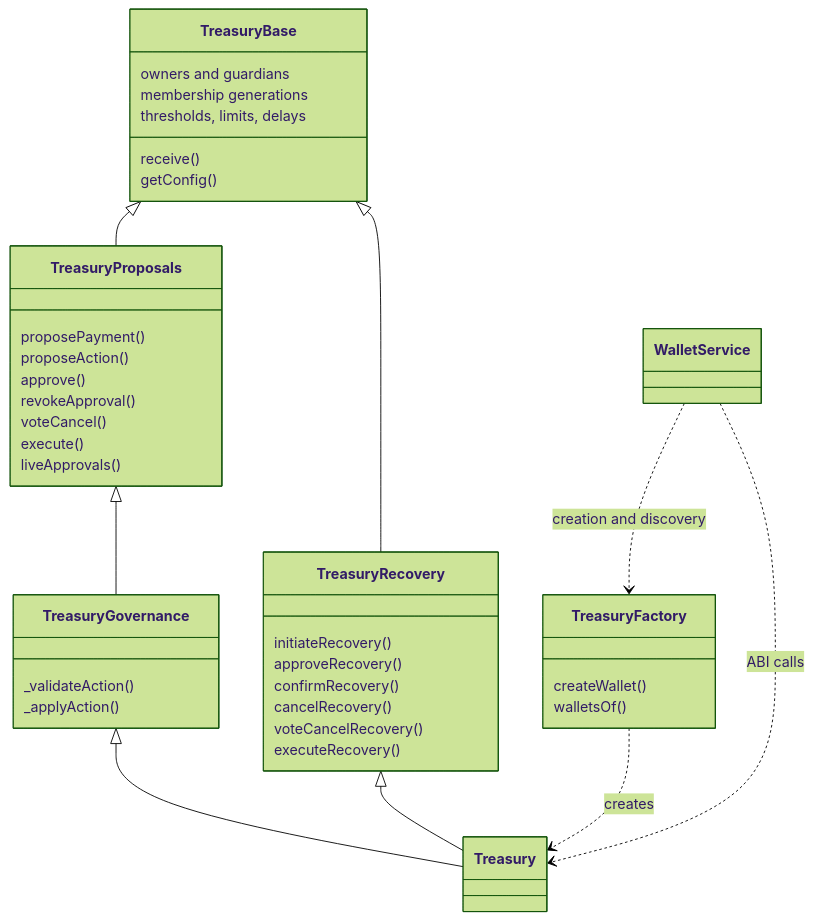
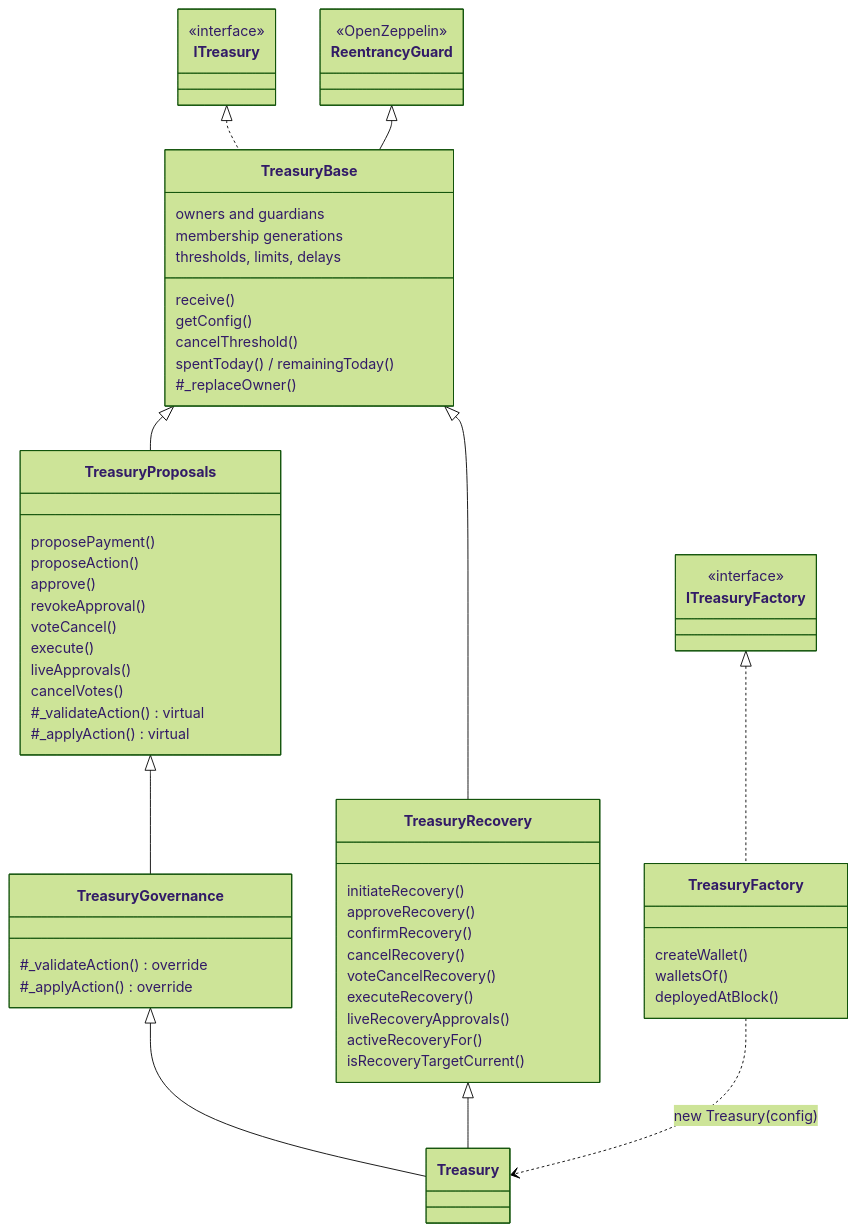
The second of 9 diagrams in docs/ARCHITECTURE.md (PlasmaZero/damd-treasury-wallet), drawn with Mermaid (forest theme) before and after one commit. The commit also changed other lines of this file, not shown here.

Commit message:
fix architecture diagram

````diff
--- a/docs/ARCHITECTURE.md
+++ b/docs/ARCHITECTURE.md
@@ -32,33 +37,53 @@
 ```mermaid
 classDiagram
+  class ITreasury {
+    <<interface>>
+  }
+  class ITreasuryFactory {
+    <<interface>>
+  }
+  class ReentrancyGuard {
+    <<OpenZeppelin>>
+  }
+  ITreasury <|.. TreasuryBase
+  ReentrancyGuard <|-- TreasuryBase
   TreasuryBase <|-- TreasuryProposals
   TreasuryProposals <|-- TreasuryGovernance
   TreasuryBase <|-- TreasuryRecovery
   TreasuryGovernance <|-- Treasury
   TreasuryRecovery <|-- Treasury
-  TreasuryFactory ..> Treasury : creates
-  WalletService ..> Treasury : ABI calls
-  WalletService ..> TreasuryFactory : creation and discovery
+  ITreasuryFactory <|.. TreasuryFactory
+  TreasuryFactory ..> Treasury : new Treasury(config)
   TreasuryBase : owners and guardians
   TreasuryBase : membership generations
   TreasuryBase : thresholds, limits, delays
   TreasuryBase : receive()
   TreasuryBase : getConfig()
+  TreasuryBase : cancelThreshold()
+  TreasuryBase : spentToday() / remainingToday()
+  TreasuryBase : #_replaceOwner()
   TreasuryProposals : proposePayment()
   TreasuryProposals : proposeAction()
   TreasuryProposals : approve()
   TreasuryProposals : revokeApproval()
   TreasuryProposals : voteCancel()
   TreasuryProposals : execute()
   TreasuryProposals : liveApprovals()
-  TreasuryGovernance : _validateAction()
-  TreasuryGovernance : _applyAction()
+  TreasuryProposals : cancelVotes()
+  TreasuryProposals : #_validateAction() virtual
+  TreasuryProposals : #_applyAction() virtual
+  TreasuryGovernance : #_validateAction() override
+  TreasuryGovernance : #_applyAction() override
   TreasuryRecovery : initiateRecovery()
   TreasuryRecovery : approveRecovery()
   TreasuryRecovery : confirmRecovery()
   TreasuryRecovery : cancelRecovery()
   TreasuryRecovery : voteCancelRecovery()
   TreasuryRecovery : executeRecovery()
+  TreasuryRecovery : liveRecoveryApprovals()
+  TreasuryRecovery : activeRecoveryFor()
+  TreasuryRecovery : isRecoveryTargetCurrent()
   TreasuryFactory : createWallet()
   TreasuryFactory : walletsOf()
+  TreasuryFactory : deployedAtBlock()
 ```
````
